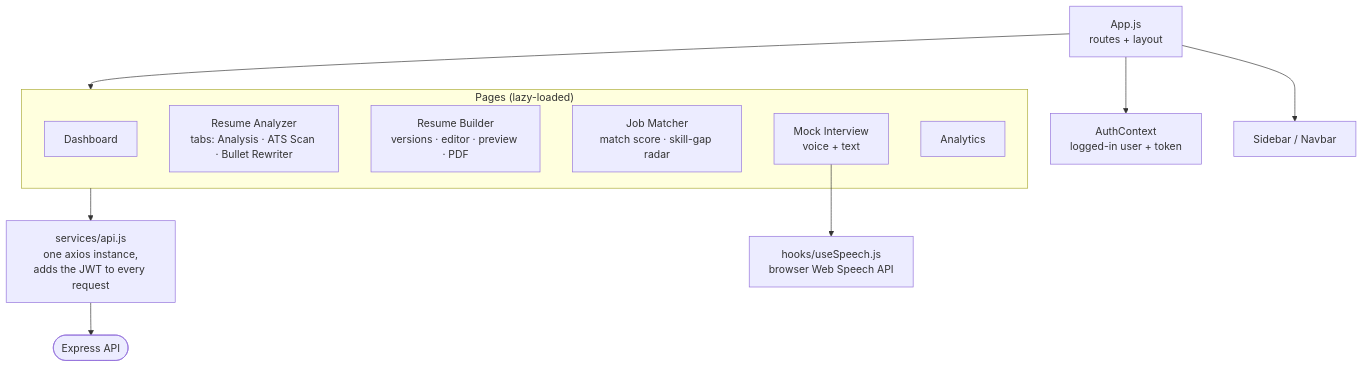
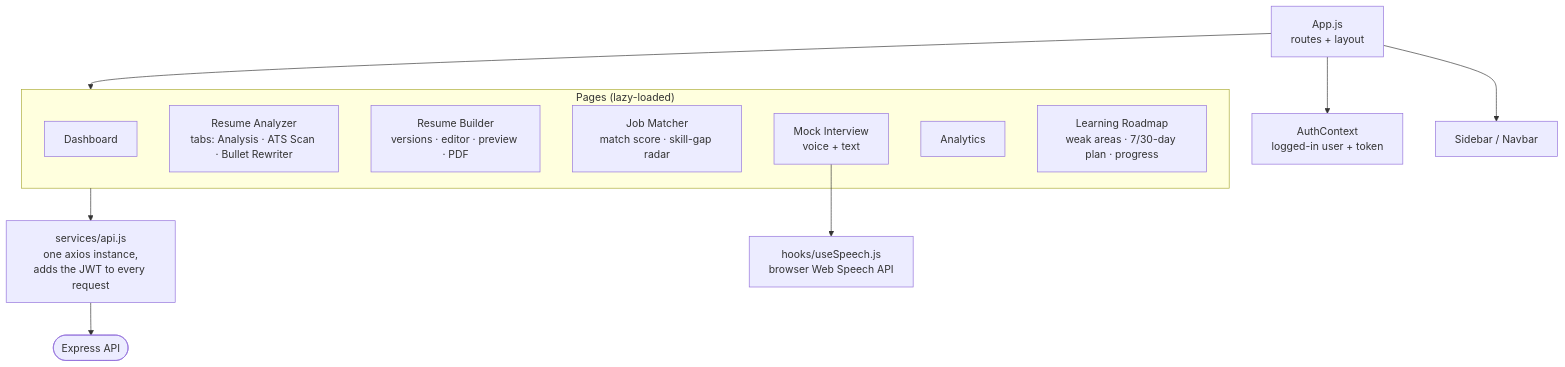
Before and after one commit to Yuvraj6387/ai-interview-prep: the second of 8 diagrams in interview-prep-app/ARCHITECTURE.md, drawn with Mermaid. The commit also changed other lines of this file and 10 other files, not shown here.

First line of the commit message:
Add personalized learning roadmap built from interview results

````diff
--- a/interview-prep-app/ARCHITECTURE.md
+++ b/interview-prep-app/ARCHITECTURE.md
@@ -52,17 +52,18 @@
 ```mermaid
 flowchart TB
     App["App.js<br/>routes + layout"] --> Ctx["AuthContext<br/>logged-in user + token"]
     App --> Side["Sidebar / Navbar"]
     App --> Pages
     subgraph Pages["Pages (lazy-loaded)"]
         D["Dashboard"]
         RA["Resume Analyzer<br/>tabs: Analysis · ATS Scan · Bullet Rewriter"]
         RB["Resume Builder<br/>versions · editor · preview · PDF"]
         JM["Job Matcher<br/>match score · skill-gap radar"]
         MI["Mock Interview<br/>voice + text"]
         AN["Analytics"]
+        RM["Learning Roadmap<br/>weak areas · 7/30-day plan · progress"]
     end
     Pages --> APIjs["services/api.js<br/>one axios instance,<br/>adds the JWT to every request"]
     MI --> Speech["hooks/useSpeech.js<br/>browser Web Speech API"]
     APIjs --> Backend(["Express API"])
 ```
````
